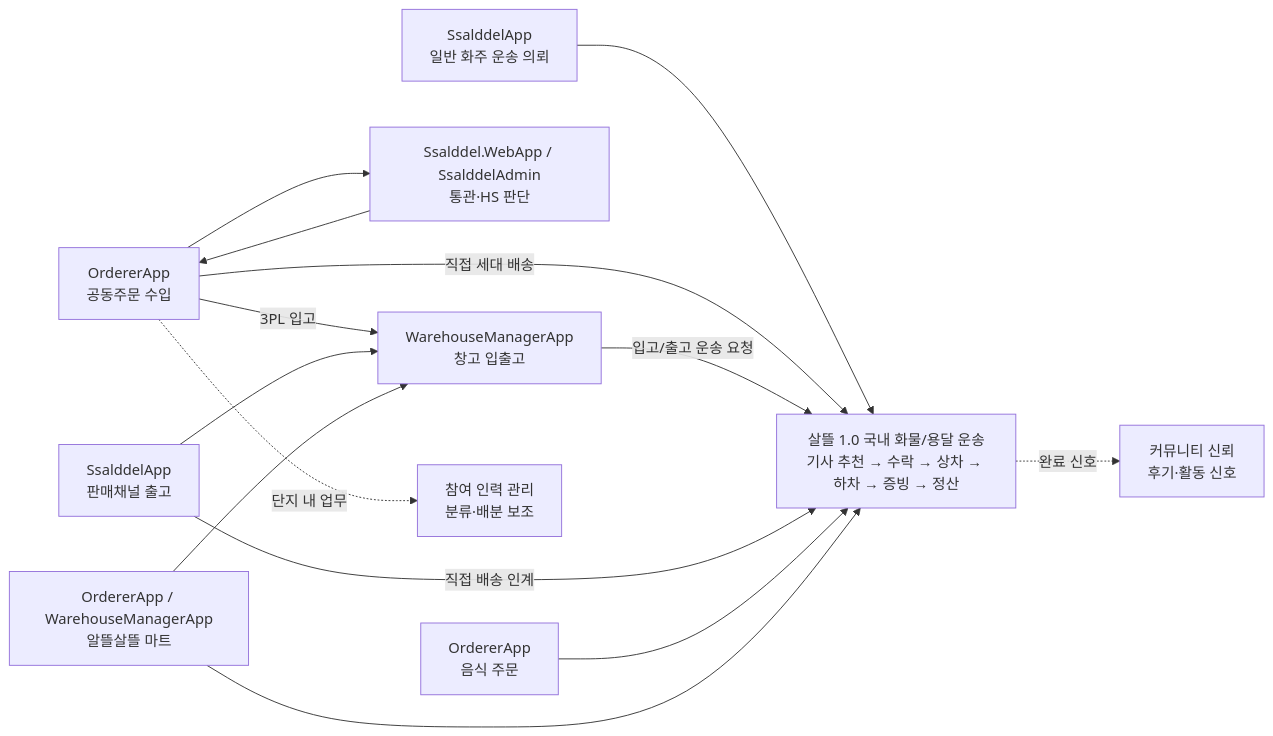
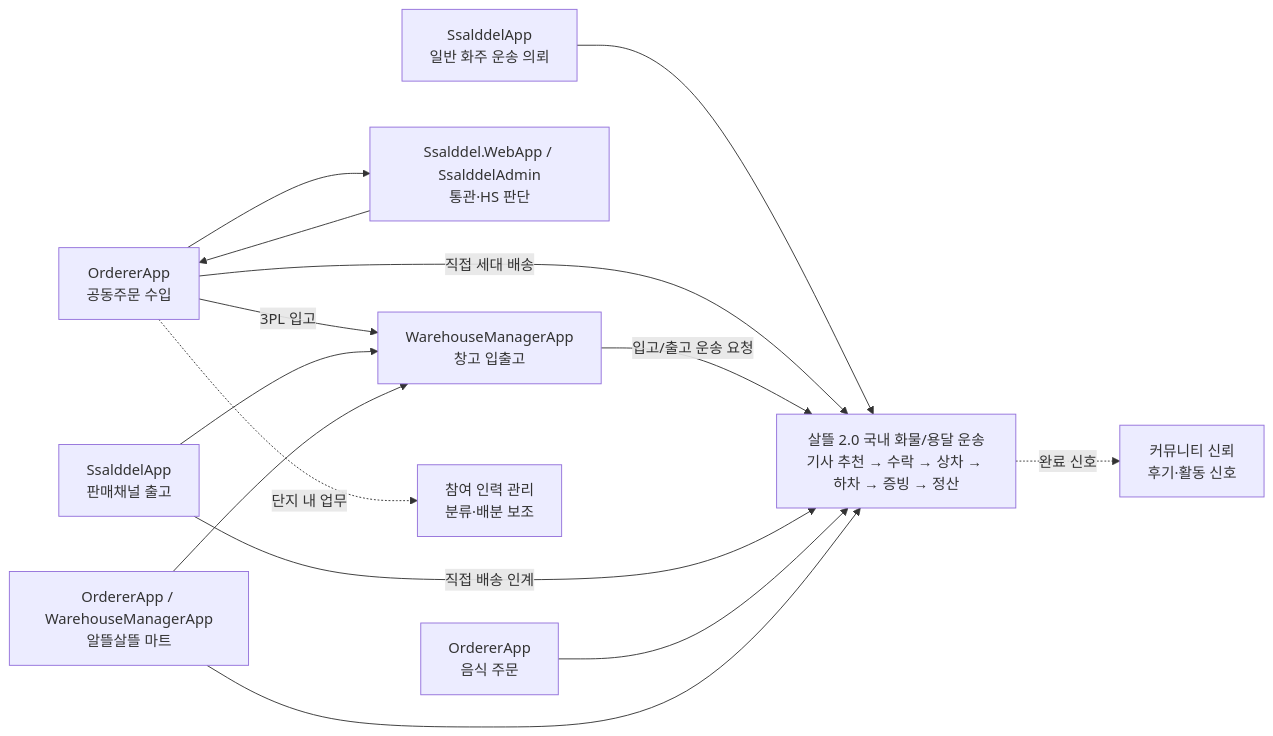
The second of 9 diagrams in docs/ProjectOverview/workflow-app-screen-map.md (cheolwo/hongdal), drawn with Mermaid before and after one commit. The commit also changed other lines of this file and 114 other files, not shown here.

````diff
--- a/docs/ProjectOverview/workflow-app-screen-map.md
+++ b/docs/ProjectOverview/workflow-app-screen-map.md
@@ -54,26 +54,26 @@
 ```mermaid
 flowchart LR
-    Core["살뜰 1.0 국내 화물/용달 운송<br/>기사 추천 → 수락 → 상차 → 하차 → 증빙 → 정산"]
+    Core["살뜰 2.0 국내 화물/용달 운송<br/>기사 추천 → 수락 → 상차 → 하차 → 증빙 → 정산"]
     Shipper["SsalddelApp<br/>일반 화주 운송 의뢰"]
     Group["OrdererApp<br/>공동주문 수입"]
     Customs["Ssalddel.WebApp / SsalddelAdmin<br/>통관·HS 판단"]
     Warehouse["WarehouseManagerApp<br/>창고 입출고"]
     Sales["SsalddelApp<br/>판매채널 출고"]
     Food["OrdererApp<br/>음식 주문"]
     Mart["OrdererApp / WarehouseManagerApp<br/>알뜰살뜰 마트"]
     Community["커뮤니티 신뢰<br/>후기·활동 신호"]
     HR["참여 인력 관리<br/>분류·배분 보조"]
 
     Shipper --> Core
     Group --> Customs --> Group
     Group -->|직접 세대 배송| Core
     Group -->|3PL 입고| Warehouse
     Warehouse -->|입고/출고 운송 요청| Core
     Sales --> Warehouse
     Sales -->|직접 배송 인계| Core
     Food --> Core
     Mart --> Warehouse
     Mart --> Core
     Core -.완료 신호.-> Community
     Group -.단지 내 업무.-> HR
 ```
````
